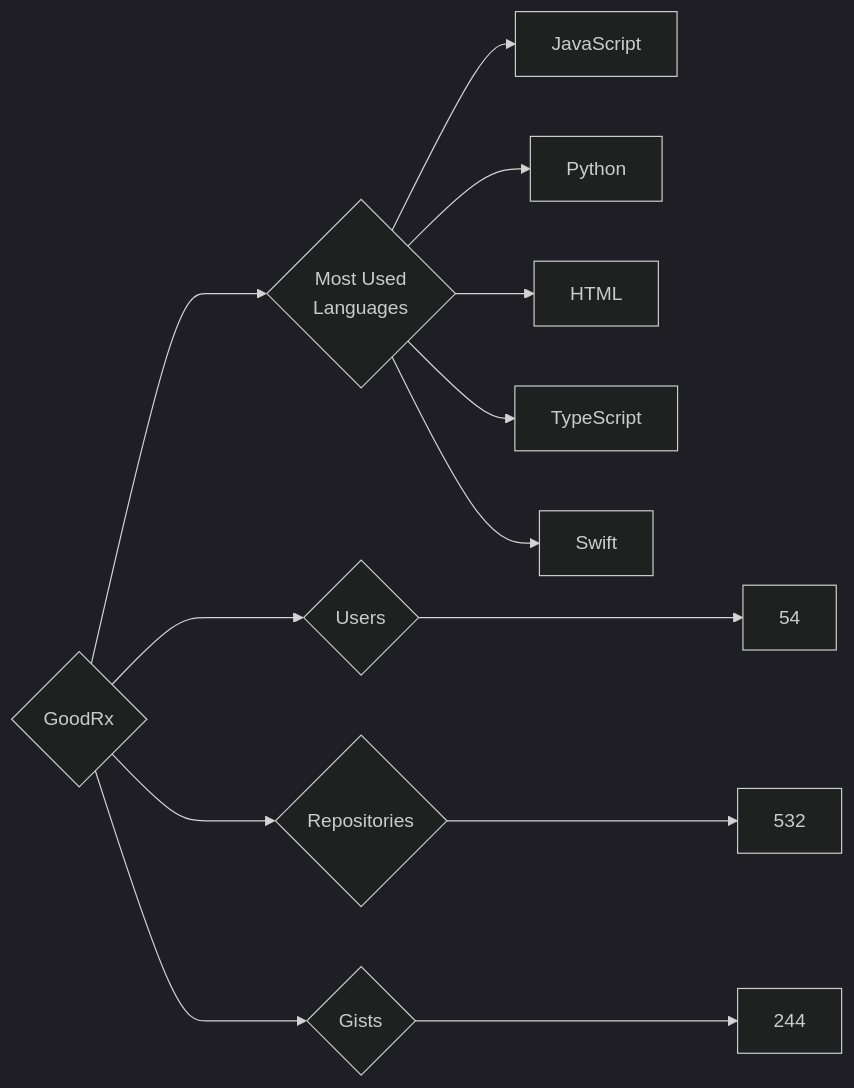
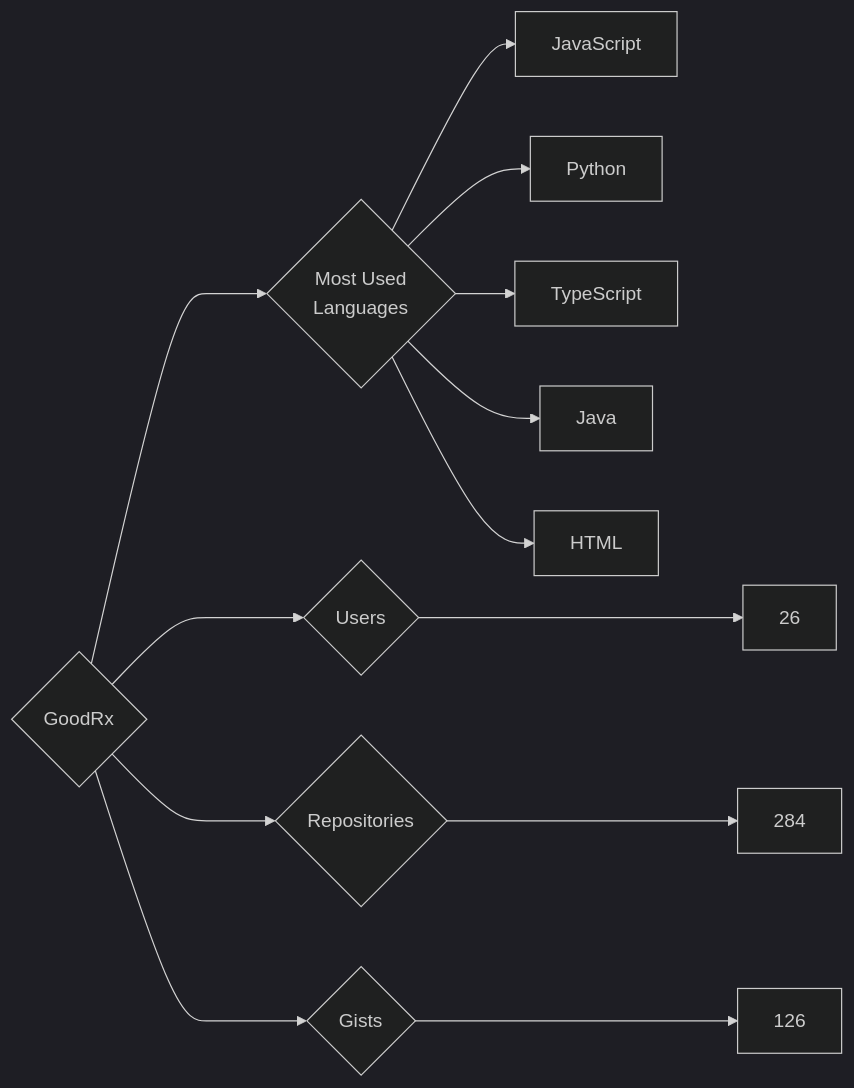
Before and after one commit to trickest/insiders: the diagram in targets/GoodRx/README.md, drawn with Mermaid (dark theme). The commit also changed 932 other files, not shown here.

````diff
--- a/targets/GoodRx/README.md
+++ b/targets/GoodRx/README.md
@@ -3,13 +3,13 @@
 ```mermaid
 graph LR
 COMPANY_NAME{GoodRx}
-COMPANY_NAME ---> U{Users} ---> UN[54]
-COMPANY_NAME ---> R{Repositories} ---> RN[532]
-COMPANY_NAME ---> G{Gists} ---> GN[244]
+COMPANY_NAME ---> U{Users} ---> UN[26]
+COMPANY_NAME ---> R{Repositories} ---> RN[284]
+COMPANY_NAME ---> G{Gists} ---> GN[126]
 COMPANY_NAME ---> ML{Most Used<br>Languages}
 ML --> JavaScript[JavaScript]
 ML --> Python[Python]
+ML --> TypeScript[TypeScript]
+ML --> Java[Java]
 ML --> HTML[HTML]
-ML --> TypeScript[TypeScript]
-ML --> Swift[Swift]
 ```
````
